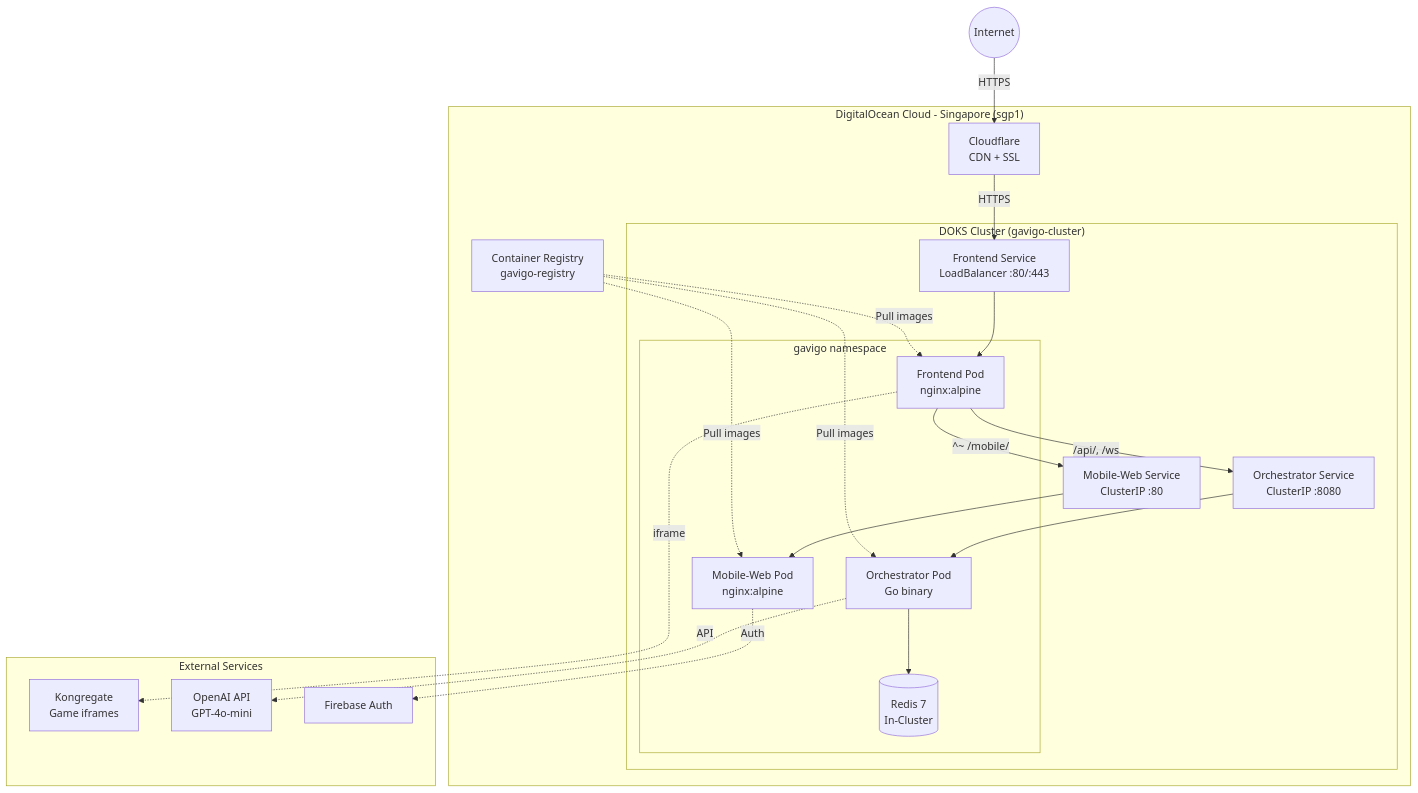
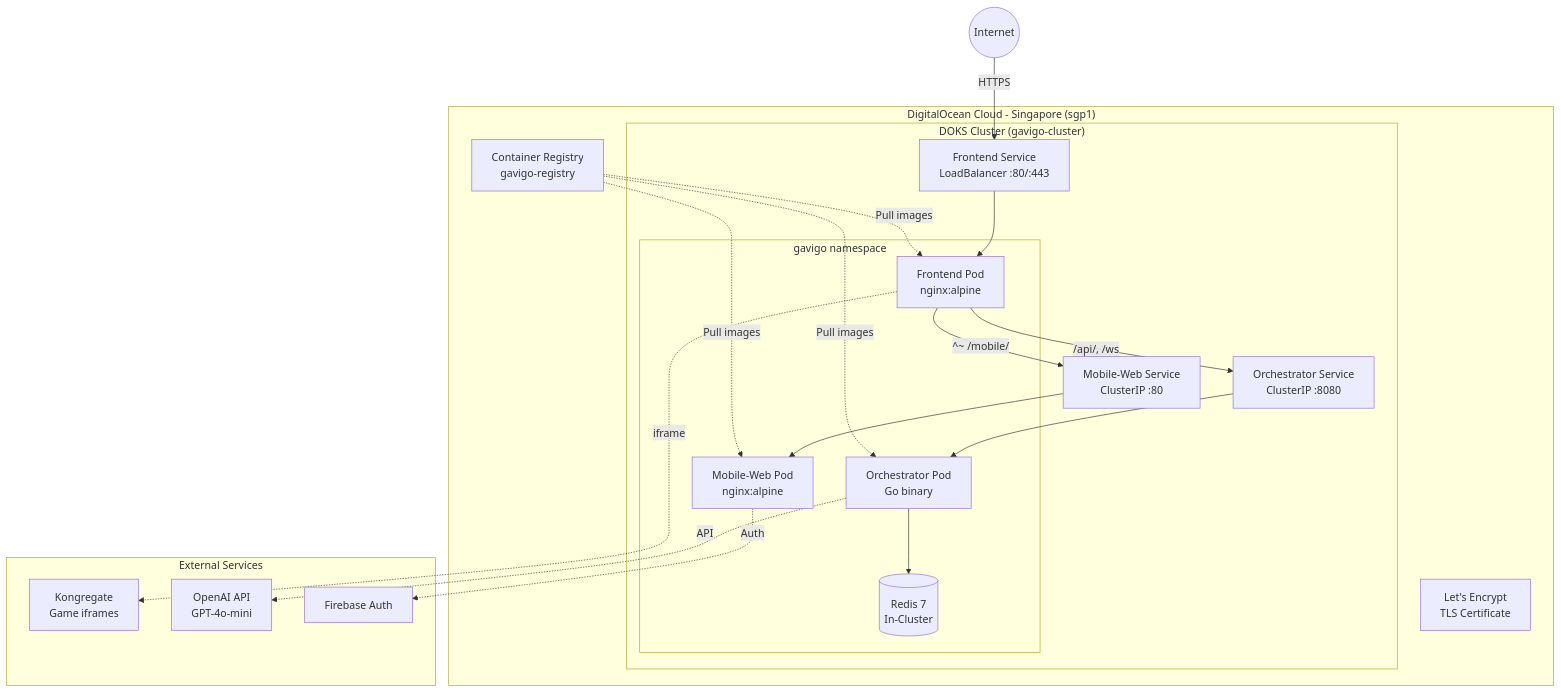
One commit to ChanMeng666/gavigo changed the sixth of 7 diagrams in README.md. Above: the diagram before and after it, drawn with Mermaid. The commit also changed other lines of this file and 8 other files, not shown here.

````diff
--- a/README.md
+++ b/README.md
@@ -300,41 +300,40 @@
 ```mermaid
 graph TB
     subgraph "DigitalOcean Cloud - Singapore (sgp1)"
         subgraph "DOKS Cluster (gavigo-cluster)"
             subgraph "gavigo namespace"
                 FE_POD[Frontend Pod<br/>nginx:alpine]
                 ORCH_POD[Orchestrator Pod<br/>Go binary]
                 MW_POD[Mobile-Web Pod<br/>nginx:alpine]
                 REDIS_POD[(Redis 7<br/>In-Cluster)]
             end
 
             FE_SVC[Frontend Service<br/>LoadBalancer :80/:443]
             ORCH_SVC[Orchestrator Service<br/>ClusterIP :8080]
             MW_SVC[Mobile-Web Service<br/>ClusterIP :80]
         end
 
-        CF[Cloudflare<br/>CDN + SSL]
+        CERT[Let's Encrypt<br/>TLS Certificate]
         REGISTRY[Container Registry<br/>gavigo-registry]
     end
 
     subgraph "External Services"
         KONG[Kongregate<br/>Game iframes]
         OPENAI[OpenAI API<br/>GPT-4o-mini]
         FIREBASE[Firebase Auth]
     end
 
-    INTERNET((Internet)) -->|HTTPS| CF
-    CF -->|HTTPS| FE_SVC
+    INTERNET((Internet)) -->|HTTPS| FE_SVC
     FE_SVC --> FE_POD
     FE_POD -->|^~ /mobile/| MW_SVC
     MW_SVC --> MW_POD
     FE_POD -->|/api/, /ws| ORCH_SVC
     ORCH_SVC --> ORCH_POD
     ORCH_POD --> REDIS_POD
     FE_POD -.->|iframe| KONG
     ORCH_POD -.->|API| OPENAI
     MW_POD -.->|Auth| FIREBASE
     REGISTRY -.->|Pull images| FE_POD
     REGISTRY -.->|Pull images| ORCH_POD
     REGISTRY -.->|Pull images| MW_POD
 ```
````
